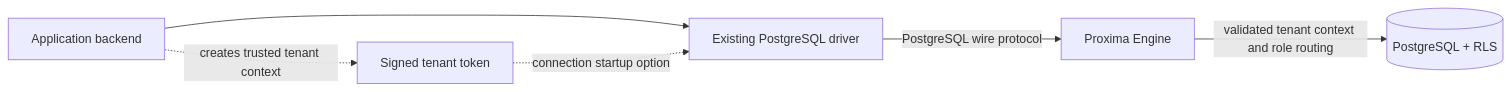
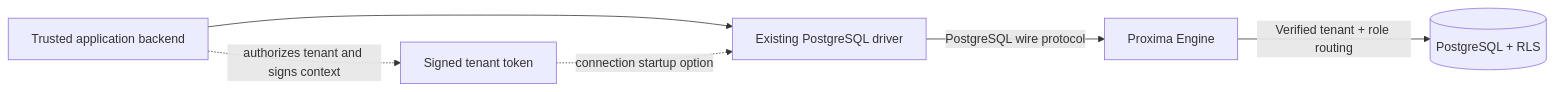
One commit to Agata-Proxima/proxima-engine changed the diagram in docs/INTEGRATIONS.md. Above: the diagram before and after it, drawn with Mermaid. The commit also changed other lines of this file and 23 other files, not shown here.

````diff
--- a/docs/INTEGRATIONS.md
+++ b/docs/INTEGRATIONS.md
@@ -9,8 +9,8 @@
 ```mermaid
 flowchart LR
-  Backend[Application backend] --> Driver[Existing PostgreSQL driver]
+  Backend[Trusted application backend] --> Driver[Existing PostgreSQL driver]
   Driver -->|PostgreSQL wire protocol| Engine[Proxima Engine]
-  Engine -->|validated tenant context and role routing| DB[(PostgreSQL + RLS)]
-  Backend -. creates trusted tenant context .-> Token[Signed tenant token]
+  Engine -->|Verified tenant + role routing| DB[(PostgreSQL + RLS)]
+  Backend -. authorizes tenant and signs context .-> Token[Signed tenant token]
   Token -. connection startup option .-> Driver
 ```
````
